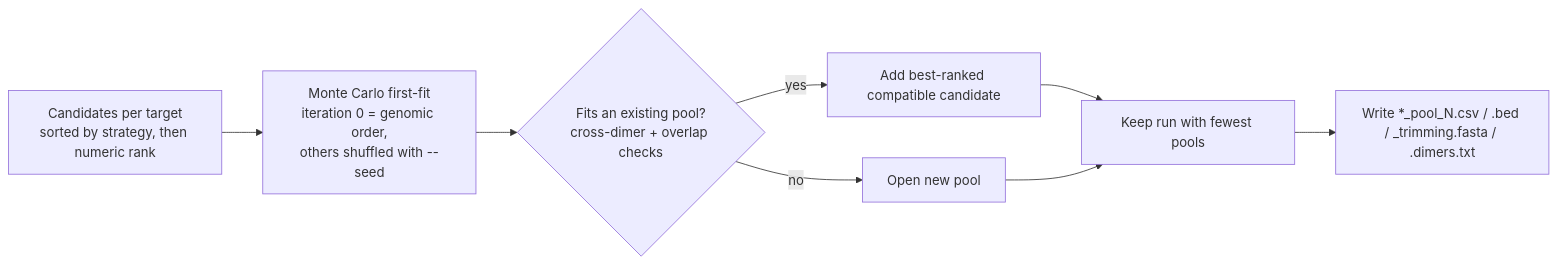
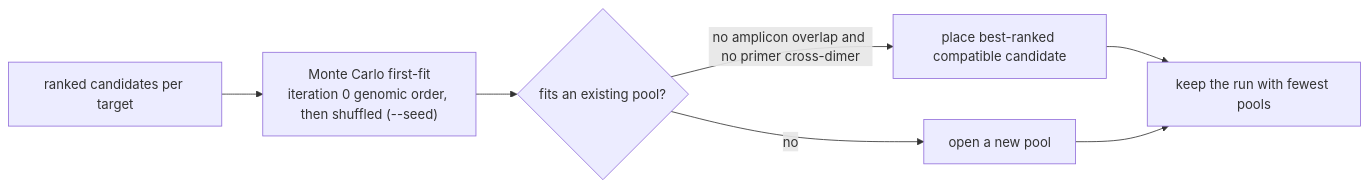
The third of 8 diagrams in README.md (AHumanBrain/my_amplicon_project), drawn with Mermaid before and after one commit. The commit also changed other lines of this file, not shown here.

````diff
--- a/README.md
+++ b/README.md
@@ -104,9 +75,8 @@
 ```mermaid
 flowchart LR
-    M["Candidates per target<br/>sorted by strategy, then numeric rank"] --> I["Monte Carlo first-fit<br/>iteration 0 = genomic order,<br/>others shuffled with --seed"]
-    I --> Q{"Fits an existing pool?<br/>cross-dimer + overlap checks"}
-    Q -- yes --> A["Add best-ranked compatible candidate"]
-    Q -- no --> N["Open new pool"]
-    A & N --> K["Keep run with fewest pools"]
-    K --> W["Write *_pool_N.csv / .bed / _trimming.fasta / .dimers.txt"]
+    C["ranked candidates per target"] --> M["Monte Carlo first-fit<br/>iteration 0 genomic order, then shuffled (--seed)"]
+    M --> Q{"fits an existing pool?"}
+    Q -- "no amplicon overlap and no primer cross-dimer" --> A["place best-ranked compatible candidate"]
+    Q -- "no" --> N["open a new pool"]
+    A & N --> K["keep the run with fewest pools"]
 ```
````
